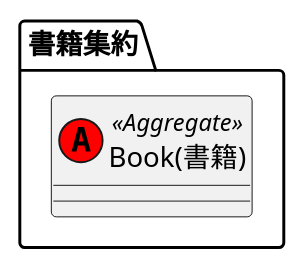
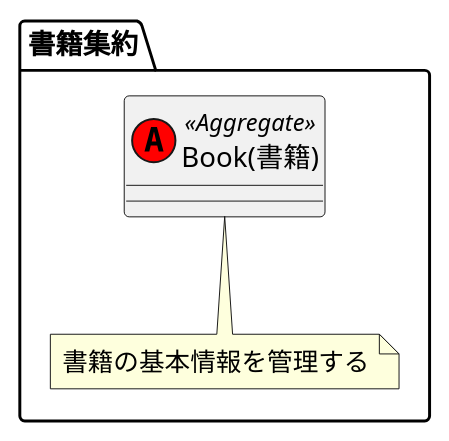
Before and after one commit to neko-no/ddd-typpescritp: the diagram in CatalogService/Domain/models/Book/Book.pu, drawn with PlantUML. The commit also changed 1 other file, not shown here.

Commit message:
feat: ビジネスルールの具体化

```diff
--- a/CatalogService/Domain/models/Book/Book.pu
+++ b/CatalogService/Domain/models/Book/Book.pu
@@ -1,4 +1,9 @@
 package "書籍集約" {
     ' 1. 集約とポリシーの表現
     class "Book(書籍)" as Book << (A,red) Aggregate >> {}
+
+    ' 2. ビジネスルールの具体化
+    note bottom of Book
+        書籍の基本情報を管理する
+    end note
 }
```
